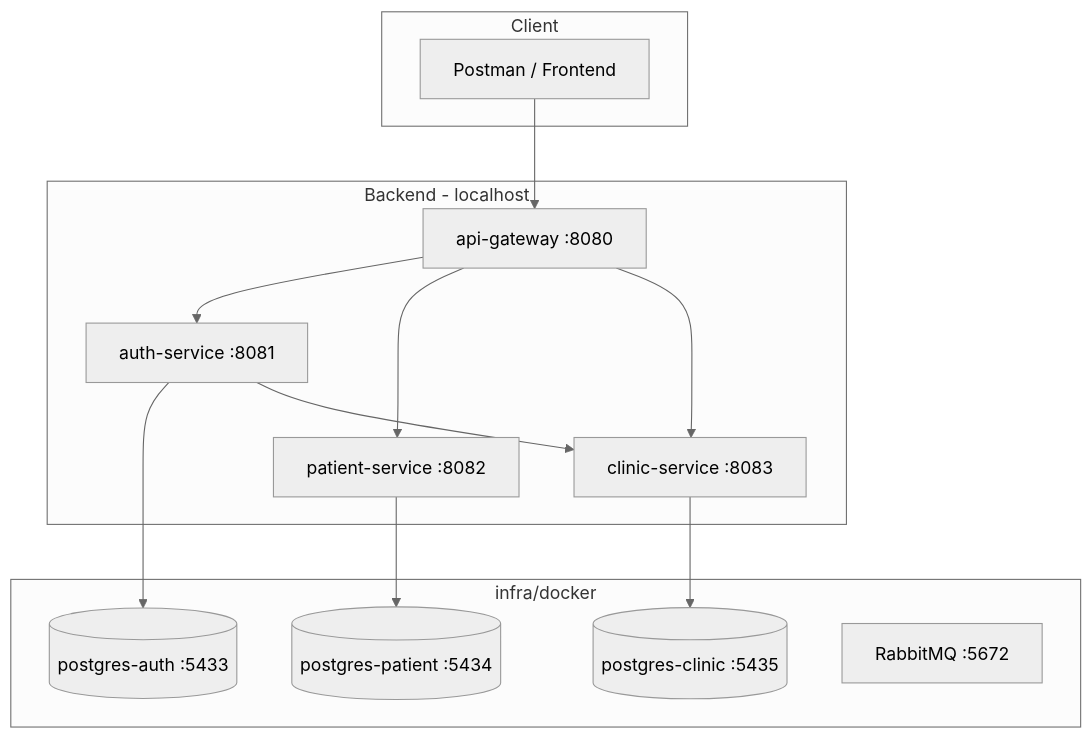
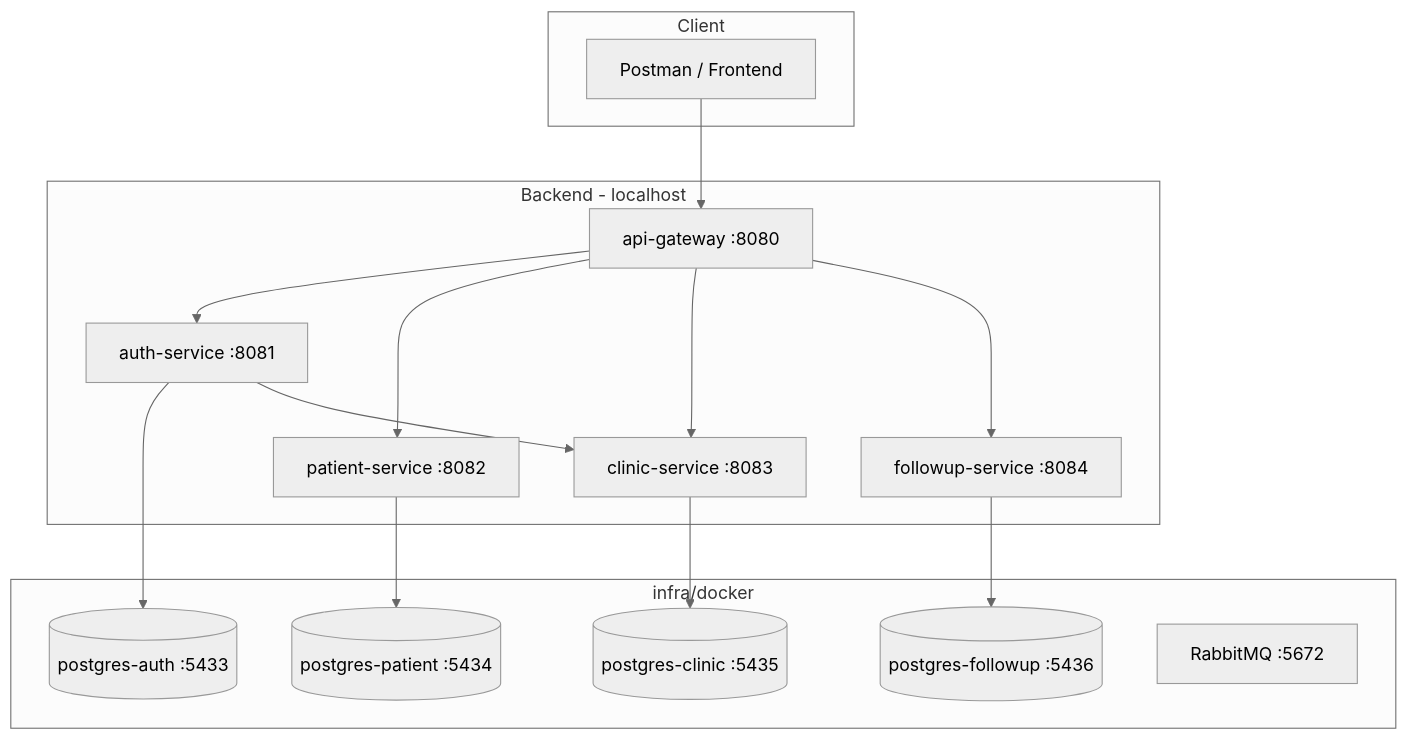
Before and after one commit to careflowhq/careflow-platform: the fourth of 4 diagrams in docs/architecture/platform-diagram.md, drawn with Mermaid (neutral theme). The commit also changed other lines of this file and 8 other files, not shown here.

````diff
--- a/docs/architecture/platform-diagram.md
+++ b/docs/architecture/platform-diagram.md
@@ -47,29 +74,33 @@
 ```mermaid
 flowchart TB
     subgraph client [Client]
         POSTMAN[Postman / Frontend]
     end
 
     subgraph backend [Backend - localhost]
         GW[api-gateway :8080]
         AUTH[auth-service :8081]
         PAT[patient-service :8082]
         CLIN[clinic-service :8083]
+        FU[followup-service :8084]
     end
 
     subgraph infra [infra/docker]
         PA[(postgres-auth :5433)]
         PP[(postgres-patient :5434)]
         PC[(postgres-clinic :5435)]
+        PF[(postgres-followup :5436)]
         RMQ[RabbitMQ :5672]
     end
 
     POSTMAN --> GW
     GW --> AUTH
     GW --> PAT
     GW --> CLIN
+    GW --> FU
     AUTH --> PA
     AUTH --> CLIN
     PAT --> PP
     CLIN --> PC
+    FU --> PF
 ```
````
